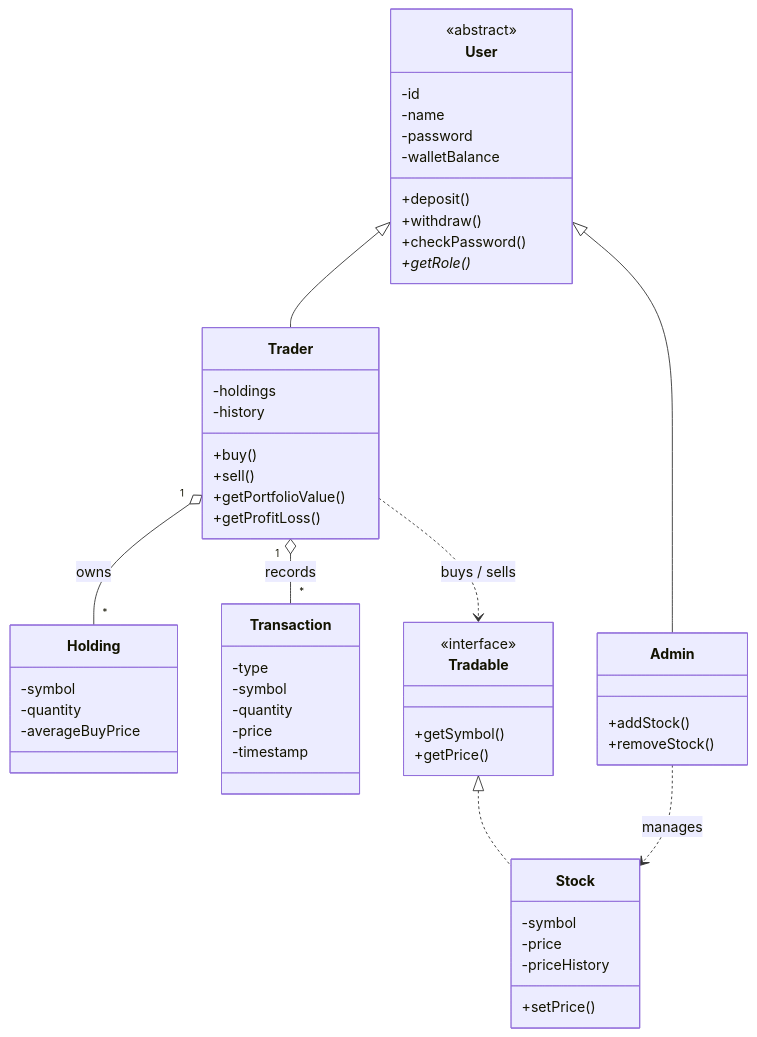
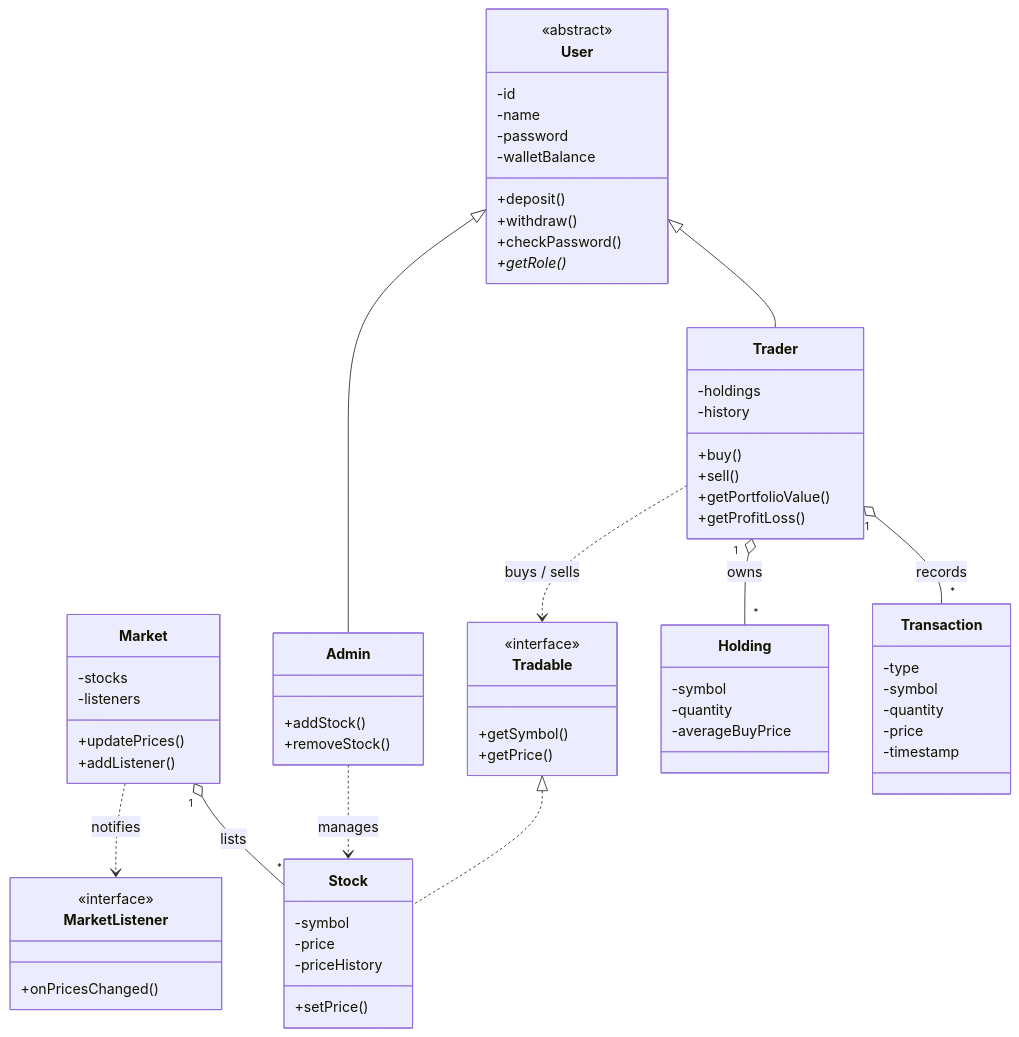
The second of 3 diagrams in README.md (nabha3/tradingsimulation), drawn with Mermaid before and after one commit. The commit also changed other lines of this file and 3 other files, not shown here.

````diff
--- a/README.md
+++ b/README.md
@@ -39,56 +39,68 @@
 ```mermaid
 classDiagram
     class User {
         <<abstract>>
         -id
         -name
         -password
         -walletBalance
         +deposit()
         +withdraw()
         +checkPassword()
         +getRole()*
     }
     class Trader {
         -holdings
         -history
         +buy()
         +sell()
         +getPortfolioValue()
         +getProfitLoss()
     }
     class Admin {
         +addStock()
         +removeStock()
     }
     class Tradable {
         <<interface>>
         +getSymbol()
         +getPrice()
     }
     class Stock {
         -symbol
         -price
         -priceHistory
         +setPrice()
     }
+    class Market {
+        -stocks
+        -listeners
+        +updatePrices()
+        +addListener()
+    }
+    class MarketListener {
+        <<interface>>
+        +onPricesChanged()
+    }
     class Holding {
         -symbol
         -quantity
         -averageBuyPrice
     }
     class Transaction {
         -type
         -symbol
         -quantity
         -price
         -timestamp
     }
     User <|-- Trader
     User <|-- Admin
     Tradable <|.. Stock
     Trader "1" o-- "*" Holding : owns
     Trader "1" o-- "*" Transaction : records
     Trader ..> Tradable : buys / sells
     Admin ..> Stock : manages
+    Market "1" o-- "*" Stock : lists
+    Market ..> MarketListener : notifies
 ```
````
